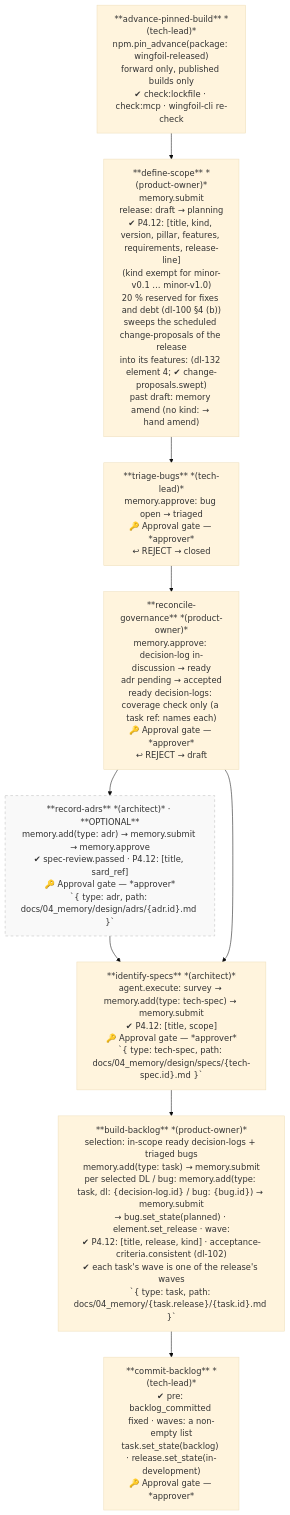
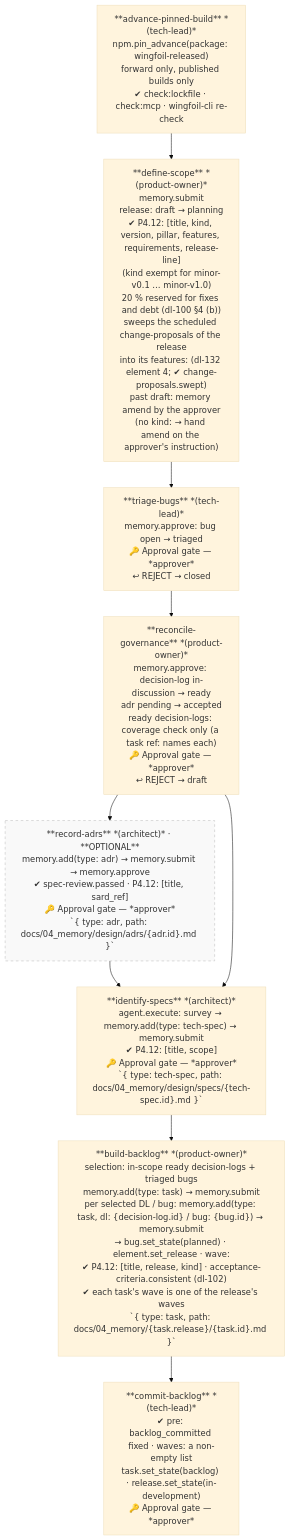
Before and after one commit to wingfoil/wingfoil: diagram 11 of 29 in .wingfoil/WORKFLOW.md, drawn with Mermaid (base theme). The commit also changed other lines of this file and 2 other files, not shown here.

First line of the commit message:
fix(workflow): task-277 — review F1: define-scope's amend paths are the approver's

````diff
--- a/.wingfoil/WORKFLOW.md
+++ b/.wingfoil/WORKFLOW.md
@@ -316,16 +316,16 @@
 ```mermaid
 flowchart TD
     AB["**advance-pinned-build** *(tech-lead)*\nnpm.pin_advance(package: wingfoil-released)\nforward only, published builds only\n✔ check:lockfile · check:mcp · wingfoil-cli re-check"]
-    DS["**define-scope** *(product-owner)*\nmemory.submit\nrelease: draft → planning\n✔ P4.12: [title, kind, version, pillar, features, requirements, release-line]\n(kind exempt for minor-v0.1 … minor-v1.0)\n20 % reserved for fixes and debt (dl-100 §4 (b))\nsweeps the scheduled change-proposals of the release\ninto its features: (dl-132 element 4; ✔ change-proposals.swept)\npast draft: memory amend (no kind: → hand amend)"]
+    DS["**define-scope** *(product-owner)*\nmemory.submit\nrelease: draft → planning\n✔ P4.12: [title, kind, version, pillar, features, requirements, release-line]\n(kind exempt for minor-v0.1 … minor-v1.0)\n20 % reserved for fixes and debt (dl-100 §4 (b))\nsweeps the scheduled change-proposals of the release\ninto its features: (dl-132 element 4; ✔ change-proposals.swept)\npast draft: memory amend by the approver\n(no kind: → hand amend on the approver's instruction)"]
     TB["**triage-bugs** *(tech-lead)*\nmemory.approve: bug open → triaged\n🔑 Approval gate — *approver*\n↩ REJECT → closed"]
     RG["**reconcile-governance** *(product-owner)*\nmemory.approve: decision-log in-discussion → ready\nadr pending → accepted\nready decision-logs: coverage check only (a task ref: names each)\n🔑 Approval gate — *approver*\n↩ REJECT → draft"]
     RA["**record-adrs** *(architect)* · **OPTIONAL**\nmemory.add(type: adr) → memory.submit → memory.approve\n✔ spec-review.passed · P4.12: [title, sard_ref]\n🔑 Approval gate — *approver*\n`{ type: adr, path: docs/04_memory/design/adrs/{adr.id}.md }`"]
     IS["**identify-specs** *(architect)*\nagent.execute: survey → memory.add(type: tech-spec) → memory.submit\n✔ P4.12: [title, scope]\n🔑 Approval gate — *approver*\n`{ type: tech-spec, path: docs/04_memory/design/specs/{tech-spec.id}.md }`"]
     BB["**build-backlog** *(product-owner)*\nselection: in-scope ready decision-logs + triaged bugs\nmemory.add(type: task) → memory.submit\nper selected DL / bug: memory.add(type: task, dl: {decision-log.id} / bug: {bug.id}) → memory.submit\n→ bug.set_state(planned) · element.set_release · wave:\n✔ P4.12: [title, release, kind] · acceptance-criteria.consistent (dl-102)\n✔ each task's wave is one of the release's waves\n`{ type: task, path: docs/04_memory/{task.release}/{task.id}.md }`"]
     CB["**commit-backlog** *(tech-lead)*\n✔ pre: backlog_committed fixed · waves: a non-empty list\ntask.set_state(backlog) · release.set_state(in-development)\n🔑 Approval gate — *approver*"]
 
     AB --> DS --> TB --> RG --> RA --> IS --> BB --> CB
     RG --> IS
 
     style RA fill:#f9f9f9,stroke:#bbb,stroke-dasharray:5 5
 ```
````
